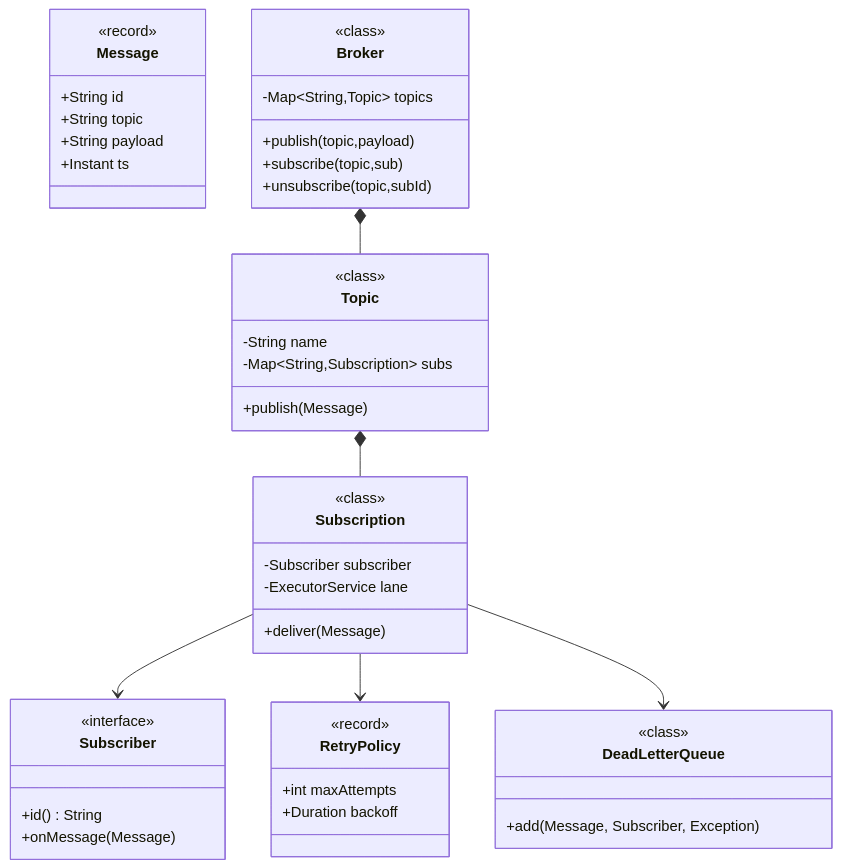
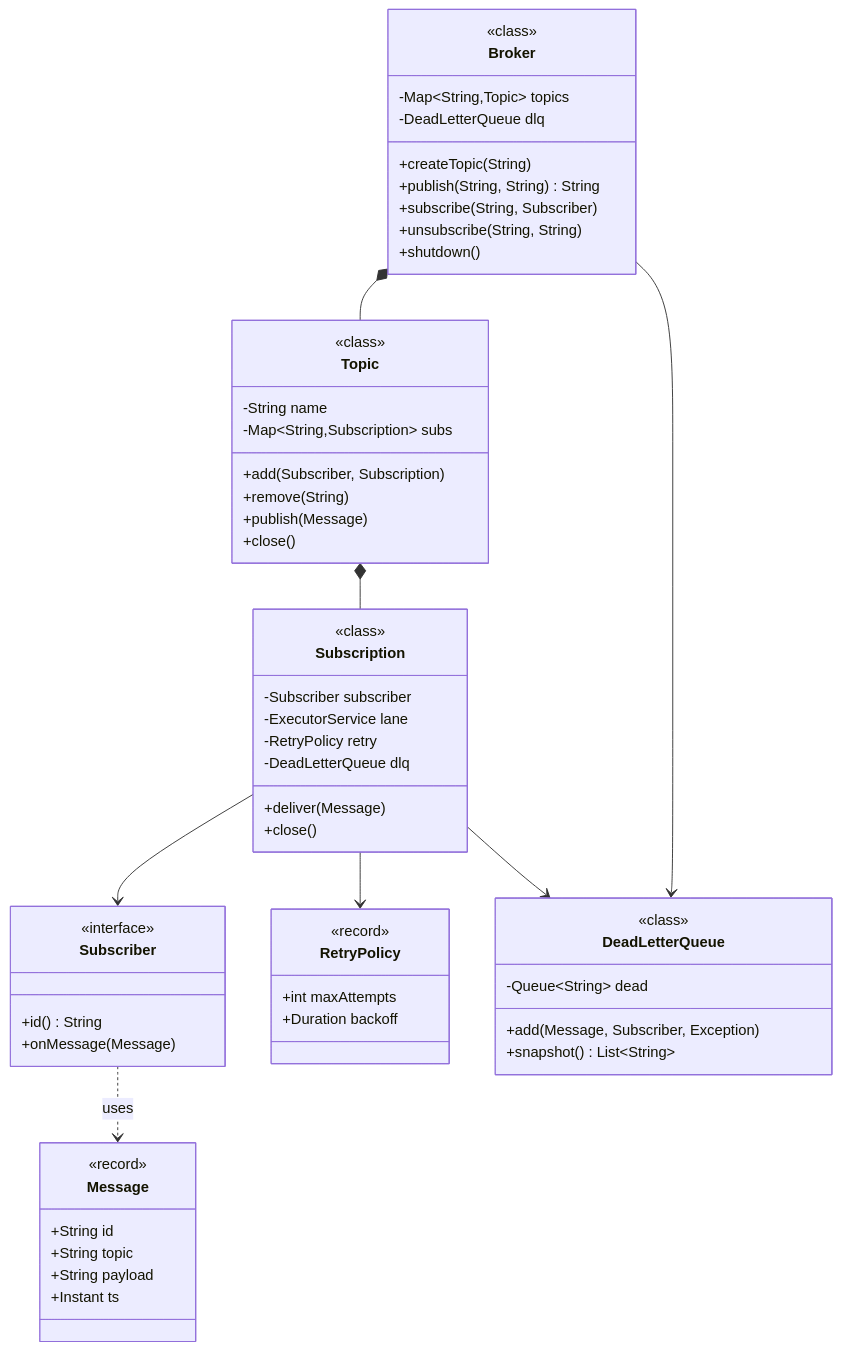
The first of 2 diagrams in system-design/lld/04-pub-sub.md (amarkum/amarkumar.guru), drawn with Mermaid before and after one commit. The commit also changed 27 other files, not shown here.

Commit message:
Rebuild every UML class diagram from its Java code, add a notes progress tracker, and make diagrams readable with zoom and a legend.

````diff
--- a/system-design/lld/04-pub-sub.md
+++ b/system-design/lld/04-pub-sub.md
@@ -36,61 +36,61 @@
 ```mermaid
 classDiagram
     class Message {
       <<record>>
       +String id
       +String topic
       +String payload
       +Instant ts
     }
     class Subscriber {
       <<interface>>
       +id() String
       +onMessage(Message)
     }
-    class Subscription {
-      -Subscriber subscriber
-      -ExecutorService lane
-      +deliver(Message)
-    }
-    class Topic {
-      -String name
-      -Map~String,Subscription~ subs
-      +publish(Message)
-    }
-    class Broker {
-      -Map~String,Topic~ topics
-      +publish(topic,payload)
-      +subscribe(topic,sub)
-      +unsubscribe(topic,subId)
-    }
     class RetryPolicy {
+      <<record>>
       +int maxAttempts
       +Duration backoff
     }
     class DeadLetterQueue {
+      <<class>>
+      -Queue~String~ dead
       +add(Message, Subscriber, Exception)
+      +snapshot() List~String~
+    }
+    class Subscription {
+      <<class>>
+      -Subscriber subscriber
+      -ExecutorService lane
+      -RetryPolicy retry
+      -DeadLetterQueue dlq
+      +deliver(Message)
+      +close()
+    }
+    class Topic {
+      <<class>>
+      -String name
+      -Map~String,Subscription~ subs
+      +add(Subscriber, Subscription)
+      +remove(String)
+      +publish(Message)
+      +close()
+    }
+    class Broker {
+      <<class>>
+      -Map~String,Topic~ topics
+      -DeadLetterQueue dlq
+      +createTopic(String)
+      +publish(String, String) String
+      +subscribe(String, Subscriber)
+      +unsubscribe(String, String)
+      +shutdown()
     }
     Broker *-- Topic
     Topic *-- Subscription
     Subscription --> Subscriber
     Subscription --> RetryPolicy
     Subscription --> DeadLetterQueue
-    class Subscription {
-      <<class>>
-    }
-    class DeadLetterQueue {
-      <<class>>
-    }
-    class RetryPolicy {
-      <<record>>
-    }
-    class Broker {
-      <<class>>
-    }
-    class Topic {
-      <<class>>
-    }
-    class Subscriber {
-      <<interface>>
-    }
+    Broker --> DeadLetterQueue
+    Subscriber ..> Message : uses
 ```
````
